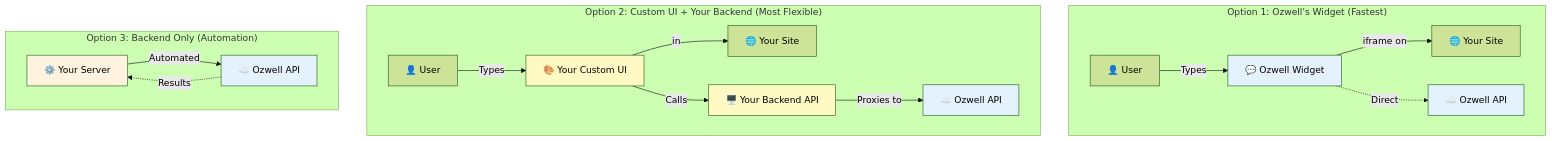
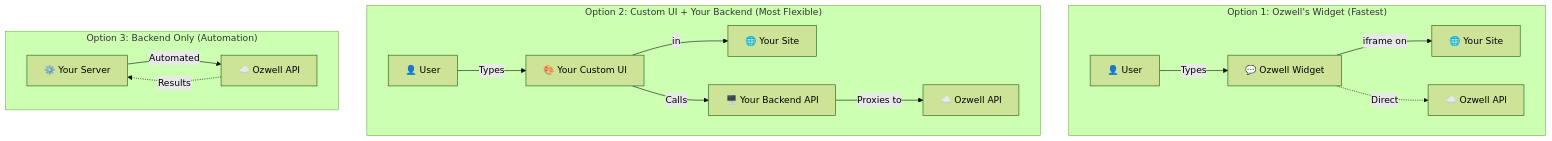
One commit to mieweb/ozwellai-api changed the first of 2 diagrams in docs/overview.md. Above: the diagram before and after it, drawn with Mermaid (forest theme). The commit also changed other lines of this file and 4 other files, not shown here.

First line of the commit message:
fix: mermaid dark mode and navbar toggle visibility

````diff
--- a/docs/overview.md
+++ b/docs/overview.md
@@ -71,27 +71,20 @@
 ```mermaid
 graph TB
     subgraph "Option 1: Ozwell's Widget (Fastest)"
         User1[👤 User] -->|Types| Widget[💬 Ozwell Widget]
         Widget -->|iframe on| Site1[🌐 Your Site]
         Widget -.->|Direct| OzwellAPI1[☁️ Ozwell API]
-        style Widget fill:#e3f2fd
-        style OzwellAPI1 fill:#e3f2fd
     end
     
     subgraph "Option 2: Custom UI + Your Backend (Most Flexible)"
         User2[👤 User] -->|Types| CustomUI[🎨 Your Custom UI]
         CustomUI -->|in| Site2[🌐 Your Site]
         CustomUI -->|Calls| YourBackend[🖥️ Your Backend API]
         YourBackend -->|Proxies to| OzwellAPI2[☁️ Ozwell API]
-        style CustomUI fill:#fff9c4
-        style YourBackend fill:#fff9c4
-        style OzwellAPI2 fill:#e3f2fd
     end
     
     subgraph "Option 3: Backend Only (Automation)"
         YourServer[⚙️ Your Server] -->|Automated| OzwellAPI3[☁️ Ozwell API]
         OzwellAPI3 -.->|Results| YourServer
-        style YourServer fill:#fff3e0
-        style OzwellAPI3 fill:#e3f2fd
     end
 ```
````
